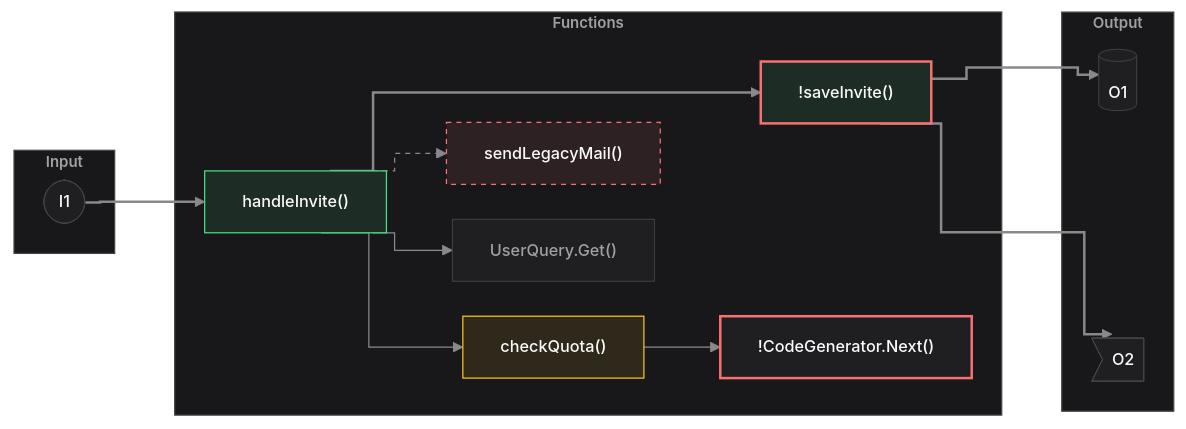
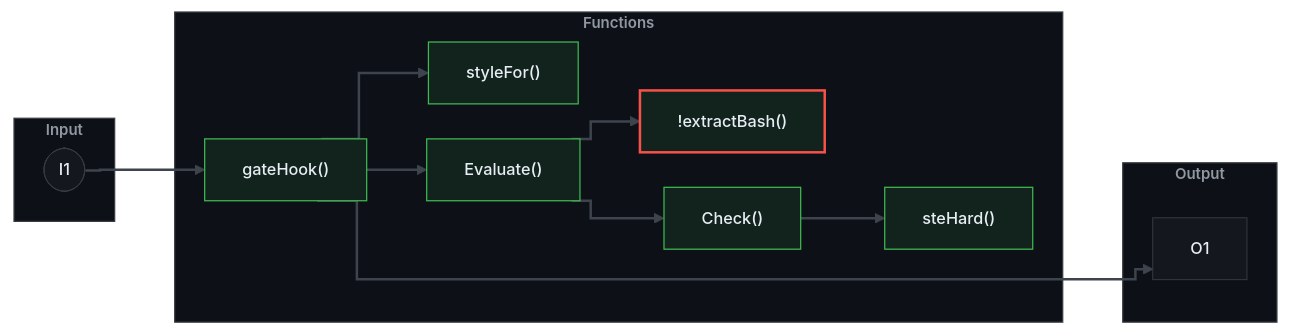
One commit to gagoar/pr-brief changed the fourth of 8 diagrams in docs/samples/craft-themes.md. Above: the diagram before and after it, drawn with Mermaid. The commit also changed other lines of this file, not shown here.

Commit message:
Sample: only the four candidate looks, each with an all-states and a realistic diagram

````diff
--- a/docs/samples/craft-themes.md
+++ b/docs/samples/craft-themes.md
@@ -114,41 +154,36 @@
 ```mermaid
-%%{init: {"theme":"base","flowchart":{"curve":"step","nodeSpacing":28,"rankSpacing":48,"diagramPadding":40},"themeVariables":{"darkMode":true,"background":"#18181B","fontFamily":"Inter, Helvetica, Arial","fontSize":"13px","dropShadow":"none","primaryColor":"#1f1f22","primaryTextColor":"#FAFAFA","primaryBorderColor":"#454548","nodeTextColor":"#FAFAFA","textColor":"#FAFAFA","mainBkg":"#1f1f22","nodeBorder":"#454548","lineColor":"#89898a","clusterBkg":"#18181B","clusterBorder":"#454548","titleColor":"#a0a0a1","edgeLabelBackground":"#18181B"}}}%%
+%%{init: {"theme":"base","flowchart":{"curve":"step","nodeSpacing":28,"rankSpacing":48,"diagramPadding":40},"themeVariables":{"darkMode":true,"background":"#0d1117","fontFamily":"Inter, Helvetica, Arial","fontSize":"13px","dropShadow":"none","primaryColor":"#14181e","primaryTextColor":"#e6edf3","primaryBorderColor":"#383d43","nodeTextColor":"#e6edf3","textColor":"#e6edf3","mainBkg":"#14181e","nodeBorder":"#383d43","lineColor":"#3d444d","clusterBkg":"#0d1117","clusterBorder":"#383d43","titleColor":"#9198a1","edgeLabelBackground":"#0d1117"}}}%%
 graph LR
   subgraph IN["Input"]
     I1(["I1"])
   end
   subgraph FN["Functions"]
-    F1["handleInvite()"]:::added
-    F2["checkQuota()"]:::modified
-    F3["sendLegacyMail()"]:::removed
-    F4["UserQuery.Get()"]:::context
-    F5["!CodeGenerator.Next()"]:::risk
-    F6["!saveInvite()"]:::riskadded
+    F1["gateHook()"]:::added
+    F2["styleFor()"]:::added
+    F3["Evaluate()"]:::added
+    F4["!extractBash()"]:::riskadded
+    F5["Check()"]:::added
+    F6["steHard()"]:::added
   end
   subgraph OUT["Output"]
-    O1[("O1")]
-    O2>"O2"]
+    O1["O1"]
   end
   I1 ==> F1
-  F1 --> F2
-  F1 --> F4
-  F2 --> F5
-  F1 ==> F6
-  F1 -.-> F3
-  F6 ==> O1
-  F6 ==> O2
-  F5 ~~~ O1
-  F5 ~~~ O2
-  classDef default fill:#1f1f22,stroke:#454548,stroke-width:0.75px,color:#FAFAFA,font-weight:500
-  classDef added fill:#1d2c25,stroke:#4ade80,stroke-width:1px,color:#FAFAFA,font-weight:500
-  classDef modified fill:#2f291c,stroke:#fbbf24,stroke-width:1px,color:#FAFAFA,font-weight:500
-  classDef removed fill:#2e2124,stroke:#f87171,stroke-width:1px,stroke-dasharray:4 4,color:#FAFAFA,font-weight:500
-  classDef context fill:#1f1f22,stroke:#454548,stroke-width:0.75px,color:#a0a0a1,font-weight:500
-  classDef risk fill:#1f1f22,stroke:#f87171,stroke-width:2px,color:#FAFAFA,font-weight:500
-  classDef riskadded fill:#1d2c25,stroke:#f87171,stroke-width:2px,color:#FAFAFA,font-weight:500
-  classDef zone fill:#18181B,stroke:#454548,stroke-width:1px,color:#a0a0a1,font-weight:600,font-size:12px
+  F1 ==> F2
+  F1 ==> F3
+  F3 ==> F4
+  F3 ==> F5
+  F5 ==> F6
+  F1 ==> O1
+  F6 ~~~ O1
+  classDef default fill:#14181e,stroke:#383d43,stroke-width:0.75px,color:#e6edf3,font-weight:500
+  classDef added fill:#12221d,stroke:#3fb950,stroke-width:1px,color:#e6edf3,font-weight:500
+  classDef modified fill:#211f18,stroke:#d29922,stroke-width:1px,color:#e6edf3,font-weight:500
+  classDef removed fill:#24171c,stroke:#f85149,stroke-width:1px,stroke-dasharray:4 4,color:#e6edf3,font-weight:500
+  classDef context fill:#14181e,stroke:#383d43,stroke-width:0.75px,color:#9198a1,font-weight:500
+  classDef risk fill:#14181e,stroke:#f85149,stroke-width:2px,color:#e6edf3,font-weight:500
+  classDef riskadded fill:#12221d,stroke:#f85149,stroke-width:2px,color:#e6edf3,font-weight:500
+  classDef zone fill:#0d1117,stroke:#383d43,stroke-width:1px,color:#9198a1,font-weight:600,font-size:12px
   class IN,FN,OUT zone
-  linkStyle 1,2,3 stroke:#89898a,stroke-width:1px
-  linkStyle 0,4,6,7 stroke:#89898a,stroke-width:2px
-  linkStyle 5 stroke:#89898a,stroke-width:1px,stroke-dasharray:4 4
+  linkStyle 0,1,2,3,4,5,6 stroke:#3d444d,stroke-width:2px
 ```
````
